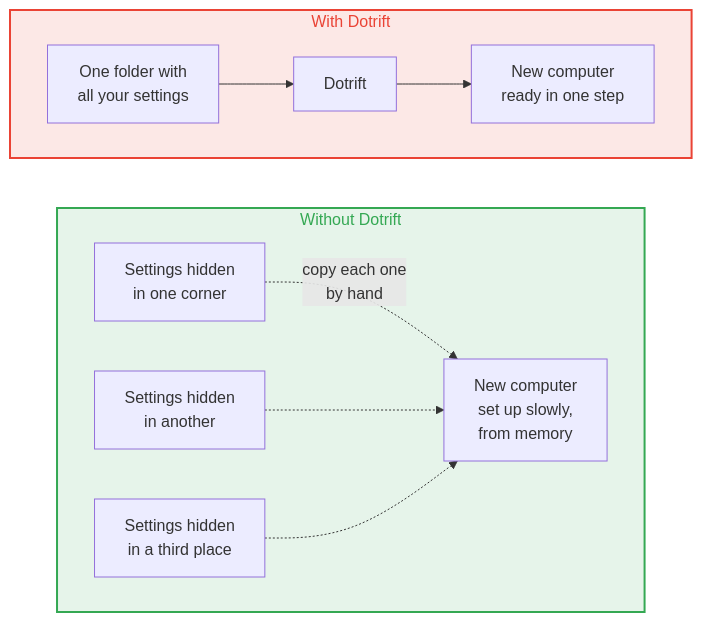
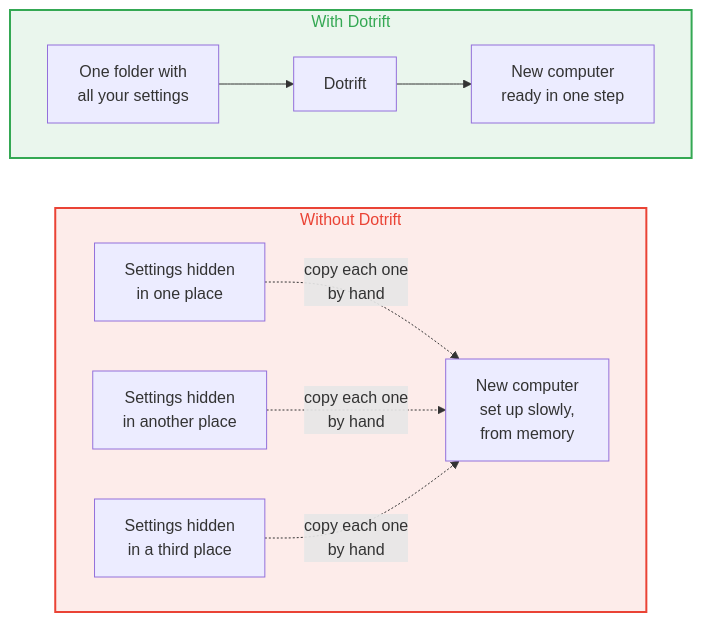
One commit to hexrustox/dotrift changed the first of 2 diagrams in README.md. Above: the diagram before and after it, drawn with Mermaid.

````diff
--- a/README.md
+++ b/README.md
@@ -19,18 +19,18 @@
 ```mermaid
 flowchart LR
     subgraph s1["Without Dotrift"]
         direction LR
-        a["Settings hidden<br>in one corner"]
-        b["Settings hidden<br>in another"]
+        a["Settings hidden<br>in one place"]
+        b["Settings hidden<br>in another place"]
         c["Settings hidden<br>in a third place"]
         a -.->|"copy each one<br>by hand"| h["New computer<br>set up slowly,<br>from memory"]
-        b -.-> h
-        c -.-> h
+        b -.->|"copy each one<br>by hand"| h
+        c -.->|"copy each one<br>by hand"| h
     end
     subgraph s2["With Dotrift"]
         direction LR
         f["One folder with<br>all your settings"] --> d["Dotrift"] --> k["New computer<br>ready in one step"]
     end
-    style s1 fill:#e6f4ea,stroke:#34a853,stroke-width:2px,color:#34a853
-    style s2 fill:#fce8e6,stroke:#ea4335,stroke-width:2px,color:#ea4335
+    style s1 fill:#ea4335,stroke:#ea4335,stroke-width:2px,color:#ea4335,fill-opacity:0.1
+    style s2 fill:#34a853,stroke:#34a853,stroke-width:2px,color:#34a853,fill-opacity:0.1
 ```
````
